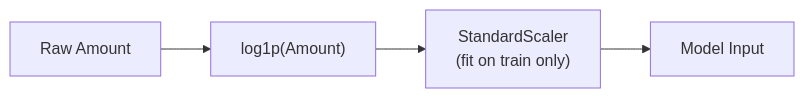
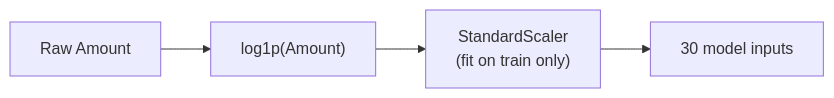
The second of 4 diagrams in README.md (KashishPundir/CreditCard-Fraud-Detection), drawn with Mermaid before and after one commit. The commit also changed other lines of this file, not shown here.

````diff
--- a/README.md
+++ b/README.md
@@ -209,6 +141,6 @@
 ```mermaid
 flowchart LR
     A[Raw Amount] --> B["log1p(Amount)"]
-    B --> C["StandardScaler\n(fit on train only)"]
-    C --> D[Model Input]
+    B --> C["StandardScaler<br/>(fit on train only)"]
+    C --> D[30 model inputs]
 ```
````
